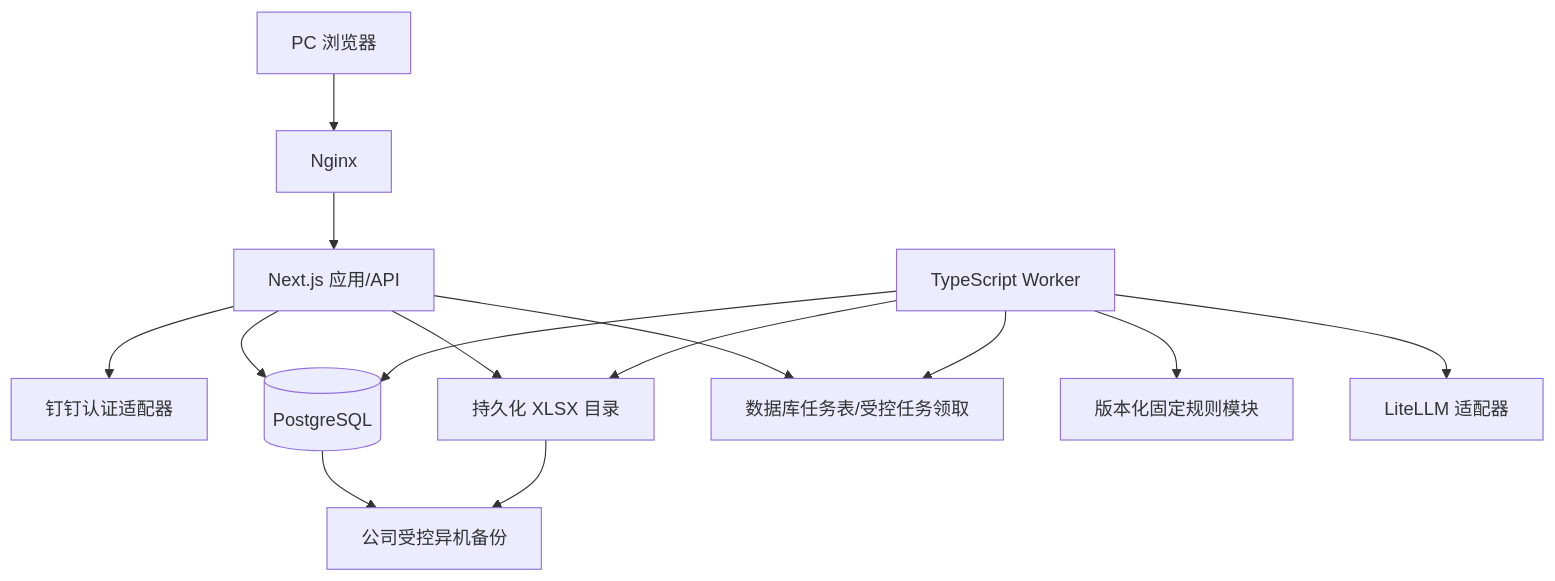
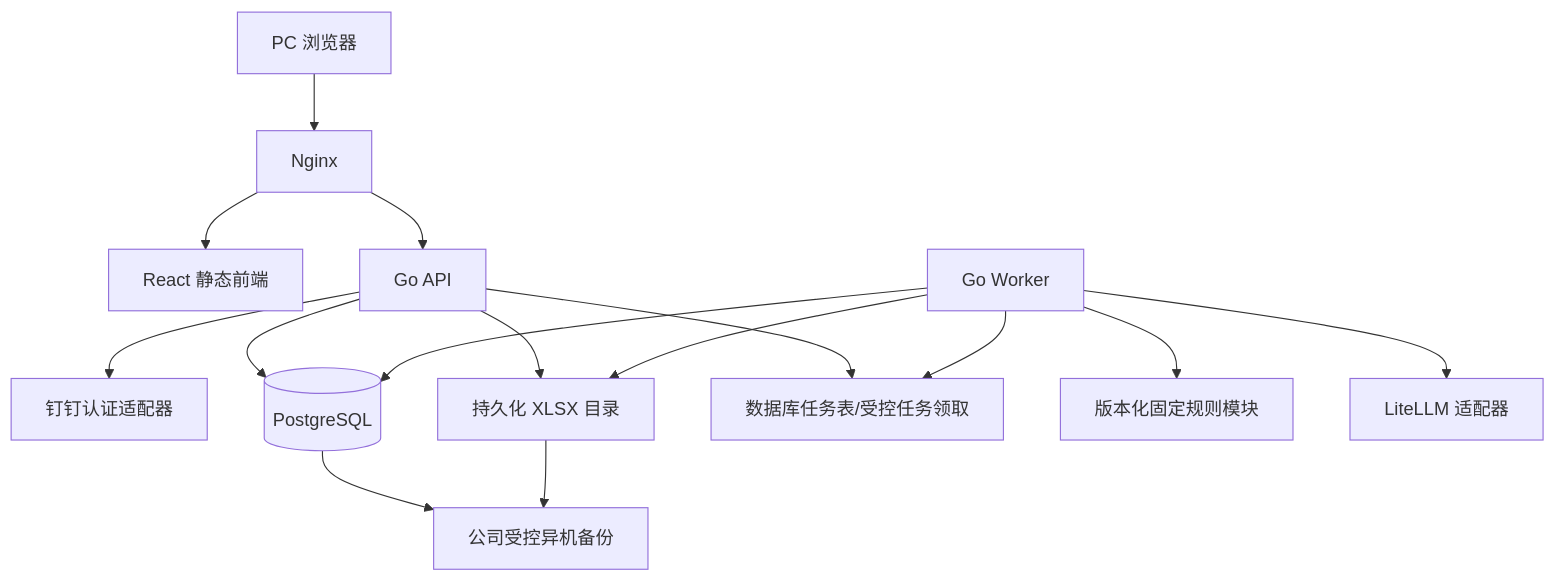
Before and after one commit to johnsonsmilequran/profit-decision-engine: the second of 2 diagrams in 趣然AI商品经营利润决策助手/output/设计决策蓝图.md, drawn with Mermaid. The commit also changed other lines of this file and 9 other files, not shown here.

````diff
--- a/趣然AI商品经营利润决策助手/output/设计决策蓝图.md
+++ b/趣然AI商品经营利润决策助手/output/设计决策蓝图.md
@@ -222,16 +223,17 @@
 ```mermaid
 flowchart TB
     U["PC 浏览器"] --> N["Nginx"]
-    N --> APP["Next.js 应用/API"]
-    APP --> AUTH["钉钉认证适配器"]
-    APP --> DB[("PostgreSQL")]
-    APP --> FS["持久化 XLSX 目录"]
-    APP --> JOB["数据库任务表/受控任务领取"]
-    WORKER["TypeScript Worker"] --> JOB
+    N --> WEB["React 静态前端"]
+    N --> API["Go API"]
+    API --> AUTH["钉钉认证适配器"]
+    API --> DB[("PostgreSQL")]
+    API --> FS["持久化 XLSX 目录"]
+    API --> JOB["数据库任务表/受控任务领取"]
+    WORKER["Go Worker"] --> JOB
     WORKER --> DB
     WORKER --> FS
     WORKER --> RULE["版本化固定规则模块"]
     WORKER --> LLM["LiteLLM 适配器"]
     DB --> BK["公司受控异机备份"]
     FS --> BK
 ```
````
